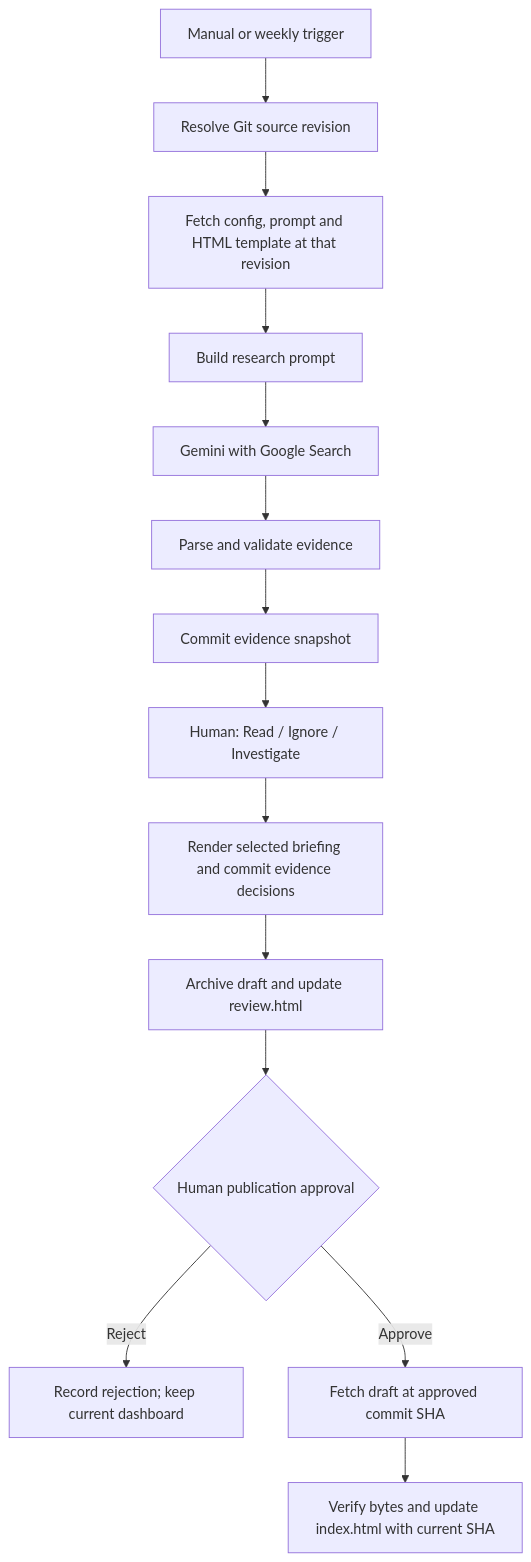
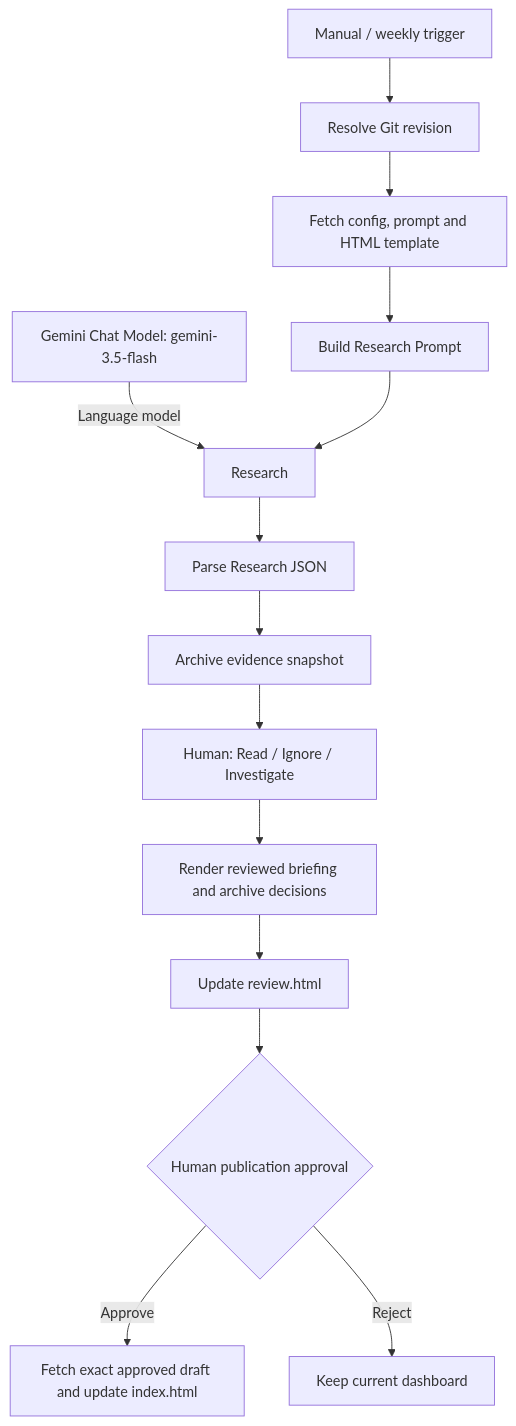
The diagram in README.md (adhammo/engineering-journalist), drawn with Mermaid before and after one commit. The commit also changed other lines of this file and 9 other files, not shown here.

````diff
--- a/README.md
+++ b/README.md
@@ -33,16 +9,16 @@
 ```mermaid
 flowchart TD
-  A[Manual or weekly trigger] --> B[Resolve Git source revision]
-  B --> C[Fetch config, prompt and HTML template at that revision]
-  C --> D[Build research prompt]
-  D --> E[Gemini with Google Search]
-  E --> F[Parse and validate evidence]
-  F --> G[Commit evidence snapshot]
+  A[Manual / weekly trigger] --> B[Resolve Git revision]
+  B --> C[Fetch config, prompt and HTML template]
+  C --> D[Build Research Prompt]
+  M[Gemini Chat Model: gemini-3.5-flash] -->|Language model| E[Research]
+  D --> E
+  E --> F[Parse Research JSON]
+  F --> G[Archive evidence snapshot]
   G --> H[Human: Read / Ignore / Investigate]
-  H --> I[Render selected briefing and commit evidence decisions]
-  I --> J[Archive draft and update review.html]
+  H --> I[Render reviewed briefing and archive decisions]
+  I --> J[Update review.html]
   J --> K{Human publication approval}
-  K -->|Reject| L[Record rejection; keep current dashboard]
-  K -->|Approve| M[Fetch draft at approved commit SHA]
-  M --> N[Verify bytes and update index.html with current SHA]
+  K -->|Approve| L[Fetch exact approved draft and update index.html]
+  K -->|Reject| N[Keep current dashboard]
 ```
````
